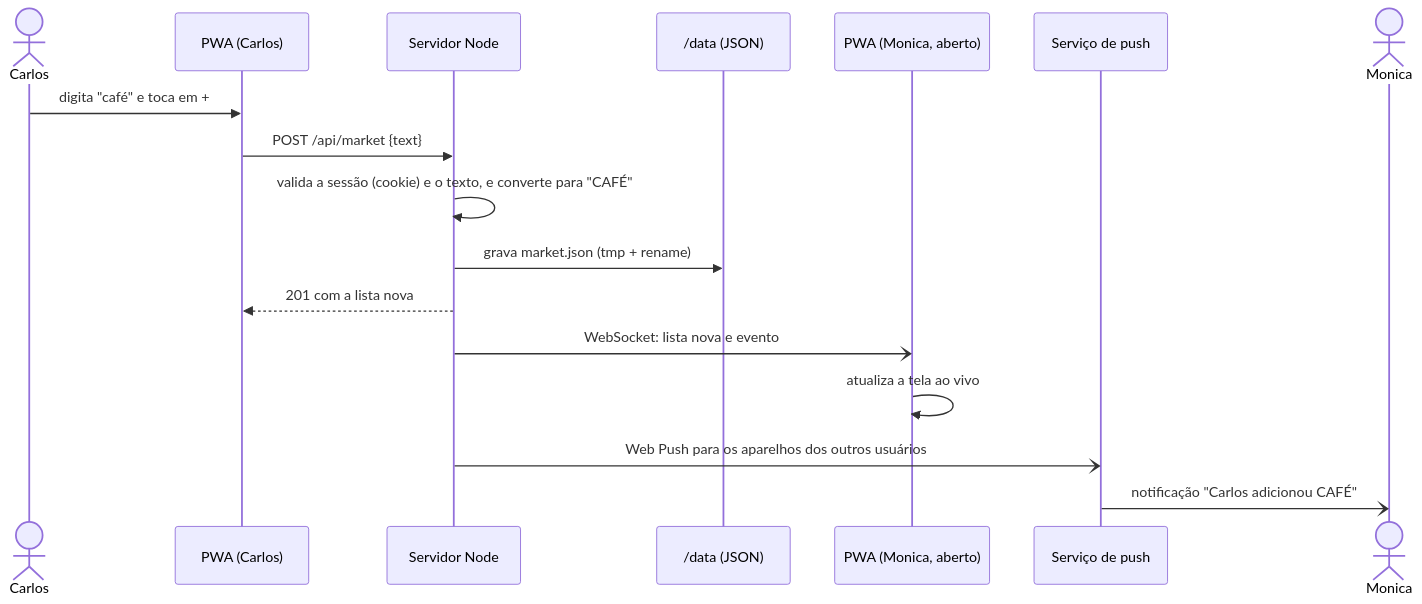
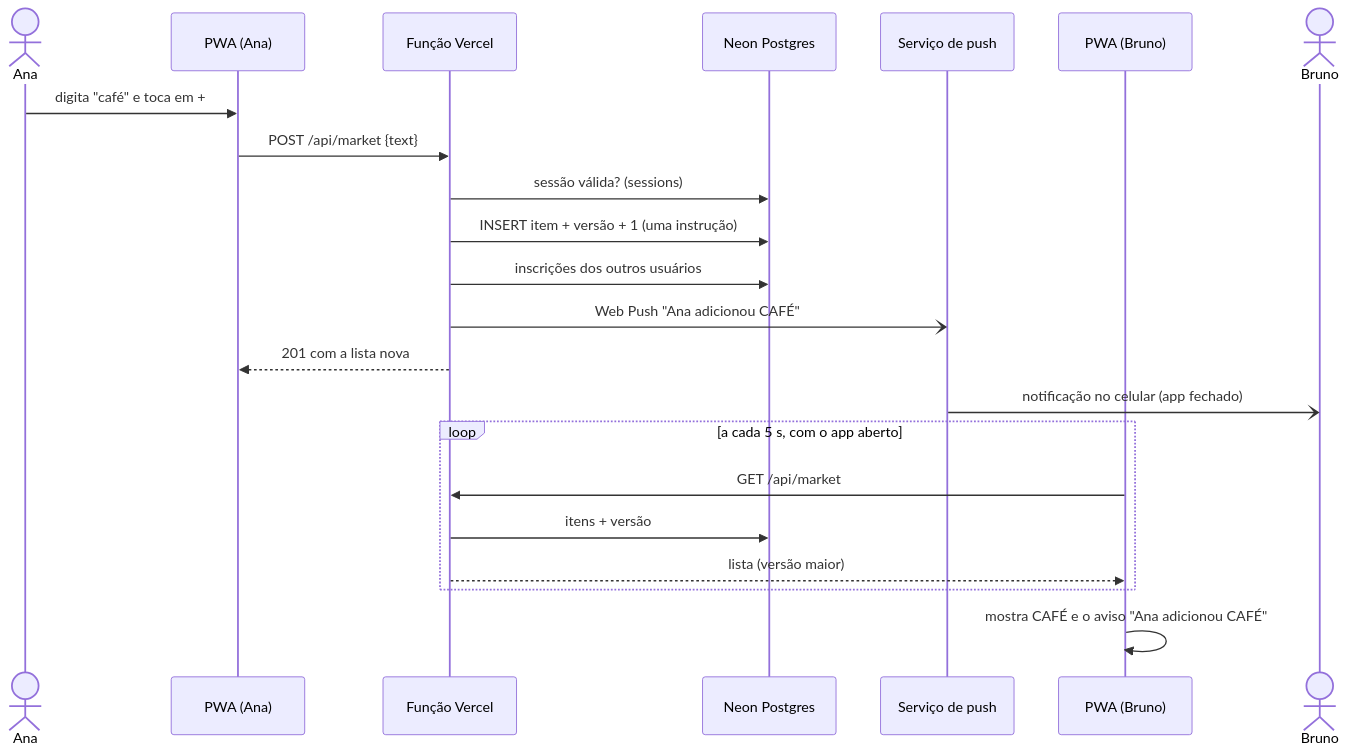
One commit to CarlosAlvesSantosJr/My-daily-tasks changed the fifth of 6 diagrams in README.md. Above: the diagram before and after it, drawn with Mermaid. The commit also changed other lines of this file and 28 other files, not shown here.

First line of the commit message:
Versão 3.0.0: em produção na Vercel + Neon Postgres

````diff
--- a/README.md
+++ b/README.md
@@ -208,20 +264,25 @@
 ```mermaid
 sequenceDiagram
-    actor Carlos
-    participant A as PWA (Carlos)
-    participant S as Servidor Node
-    participant D as /data (JSON)
-    participant B as PWA (Monica, aberto)
+    actor Ana
+    participant A as PWA (Ana)
+    participant F as Função Vercel
+    participant D as Neon Postgres
     participant P as Serviço de push
-    actor Monica
+    participant B as PWA (Bruno)
+    actor Bruno
 
-    Carlos->>A: digita "café" e toca em +
-    A->>S: POST /api/market {text}
-    S->>S: valida a sessão (cookie) e o texto, e converte para "CAFÉ"
-    S->>D: grava market.json (tmp + rename)
-    S-->>A: 201 com a lista nova
-    S-)B: WebSocket: lista nova e evento
-    B->>B: atualiza a tela ao vivo
-    S-)P: Web Push para os aparelhos dos outros usuários
-    P-)Monica: notificação "Carlos adicionou CAFÉ"
+    Ana->>A: digita "café" e toca em +
+    A->>F: POST /api/market {text}
+    F->>D: sessão válida? (sessions)
+    F->>D: INSERT item + versão + 1 (uma instrução)
+    F->>D: inscrições dos outros usuários
+    F-)P: Web Push "Ana adicionou CAFÉ"
+    F-->>A: 201 com a lista nova
+    P-)Bruno: notificação no celular (app fechado)
+    loop a cada 5 s, com o app aberto
+        B->>F: GET /api/market
+        F->>D: itens + versão
+        F-->>B: lista (versão maior)
+    end
+    B->>B: mostra CAFÉ e o aviso "Ana adicionou CAFÉ"
 ```
````
